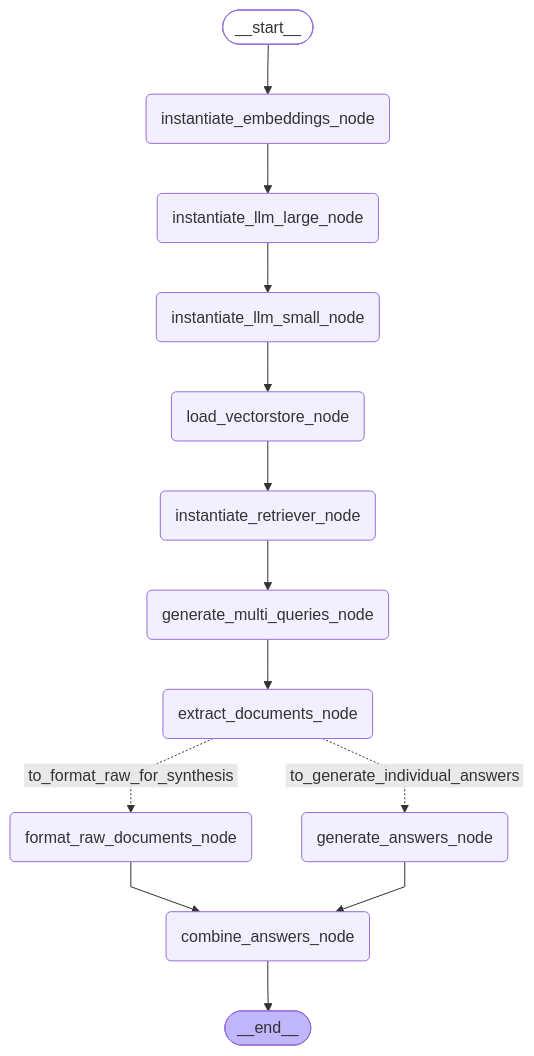
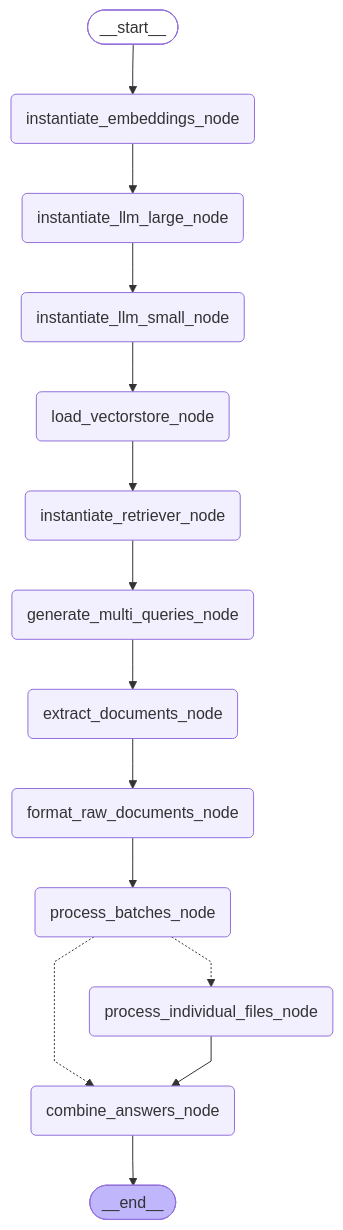
Before and after one commit to crvernon/knowai: the diagram in updated_workflow_diagram.md, drawn with Mermaid. The commit also changed 9 other files, not shown here.

````diff
--- a/updated_workflow_diagram.md
+++ b/updated_workflow_diagram.md
@@ -1,36 +1,38 @@
 ```mermaid
 ---
 config:
   flowchart:
     curve: linear
 ---
 graph TD;
 	__start__([<p>__start__</p>]):::first
 	instantiate_embeddings_node(instantiate_embeddings_node)
 	instantiate_llm_large_node(instantiate_llm_large_node)
 	instantiate_llm_small_node(instantiate_llm_small_node)
 	load_vectorstore_node(load_vectorstore_node)
 	instantiate_retriever_node(instantiate_retriever_node)
 	generate_multi_queries_node(generate_multi_queries_node)
 	extract_documents_node(extract_documents_node)
 	format_raw_documents_node(format_raw_documents_node)
-	generate_answers_node(generate_answers_node)
+	process_batches_node(process_batches_node)
+	process_individual_files_node(process_individual_files_node)
 	combine_answers_node(combine_answers_node)
 	__end__([<p>__end__</p>]):::last
 	__start__ --> instantiate_embeddings_node;
-	extract_documents_node -. &nbsp;to_format_raw_for_synthesis&nbsp; .-> format_raw_documents_node;
-	extract_documents_node -. &nbsp;to_generate_individual_answers&nbsp; .-> generate_answers_node;
-	format_raw_documents_node --> combine_answers_node;
-	generate_answers_node --> combine_answers_node;
+	extract_documents_node --> format_raw_documents_node;
+	format_raw_documents_node --> process_batches_node;
 	generate_multi_queries_node --> extract_documents_node;
 	instantiate_embeddings_node --> instantiate_llm_large_node;
 	instantiate_llm_large_node --> instantiate_llm_small_node;
 	instantiate_llm_small_node --> load_vectorstore_node;
 	instantiate_retriever_node --> generate_multi_queries_node;
 	load_vectorstore_node --> instantiate_retriever_node;
+	process_batches_node -.-> combine_answers_node;
+	process_batches_node -.-> process_individual_files_node;
+	process_individual_files_node --> combine_answers_node;
 	combine_answers_node --> __end__;
 	classDef default fill:#f2f0ff,line-height:1.2
 	classDef first fill-opacity:0
 	classDef last fill:#bfb6fc
 
 ```
````
